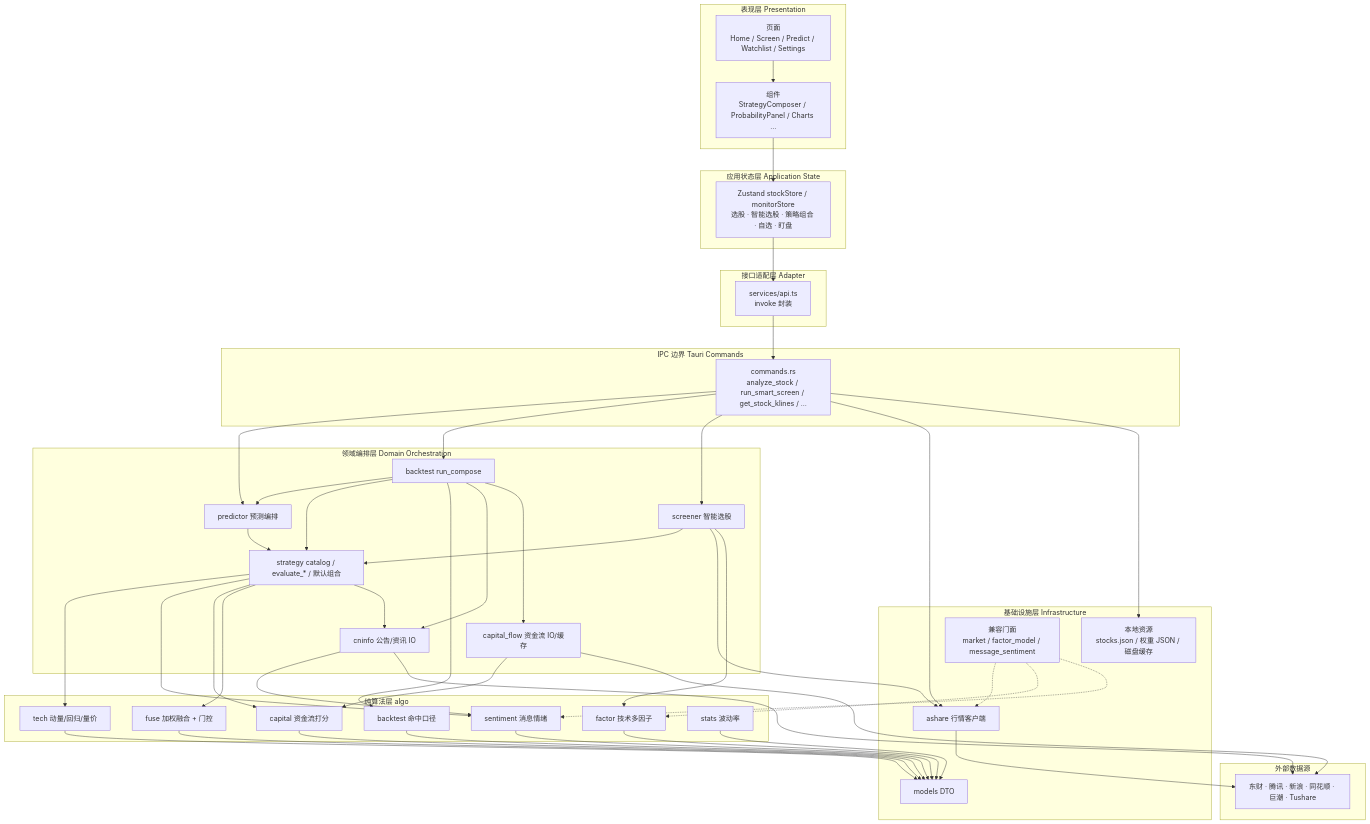
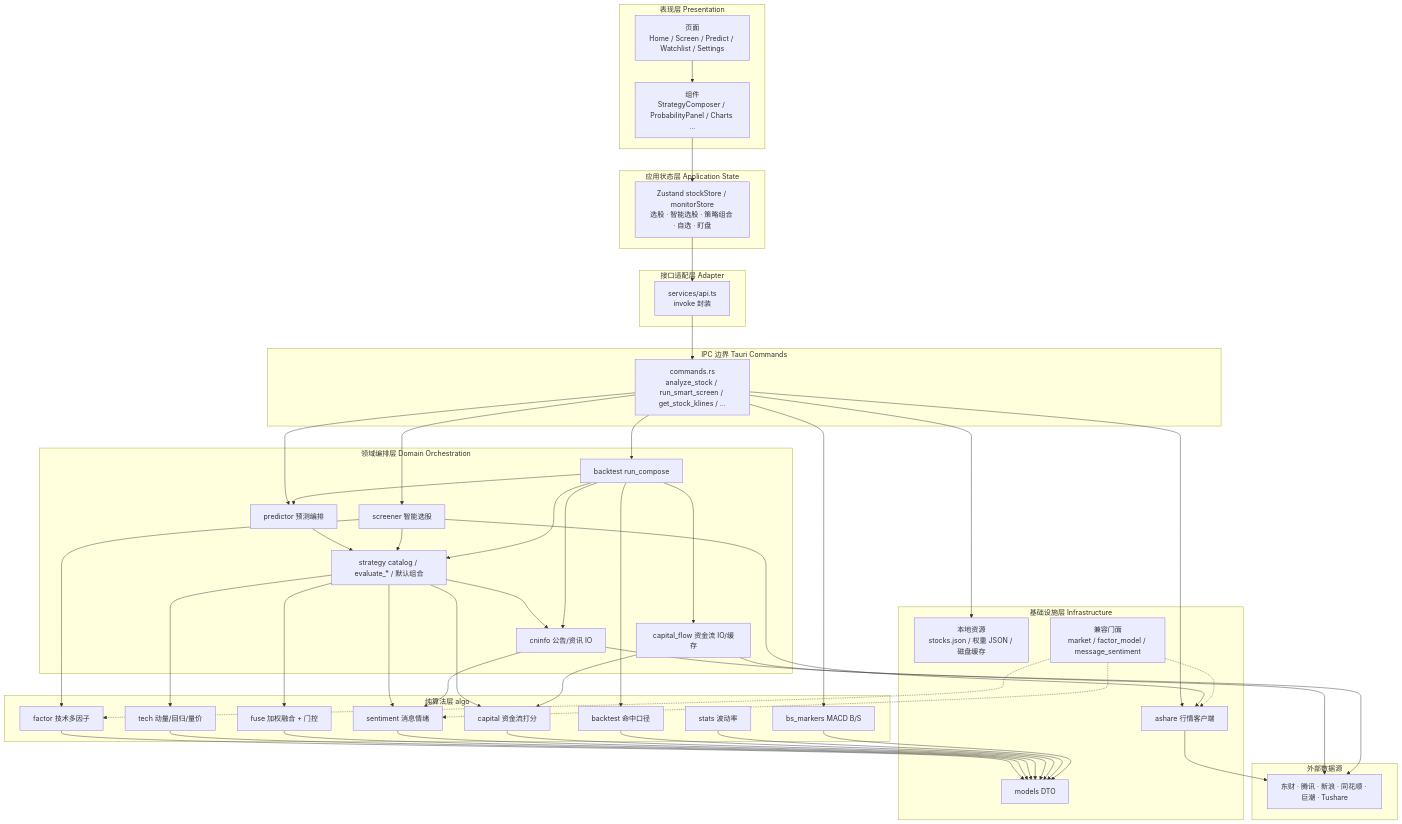
The first of 19 diagrams in docs/软件设计说明.md (wuyanwen1997-wyw/stock-predict), drawn with Mermaid before and after one commit. The commit also changed other lines of this file and 10 other files, not shown here.

````diff
--- a/docs/软件设计说明.md
+++ b/docs/软件设计说明.md
@@ -28,67 +28,69 @@
 ```mermaid
 flowchart TB
     subgraph 表现层["表现层 Presentation"]
         PAGES["页面<br/>Home / Screen / Predict / Watchlist / Settings"]
         COMP["组件<br/>StrategyComposer / ProbabilityPanel / Charts …"]
     end
 
     subgraph 应用状态层["应用状态层 Application State"]
         STORE["Zustand stockStore / monitorStore<br/>选股 · 智能选股 · 策略组合 · 自选 · 盯盘"]
     end
 
     subgraph 接口适配层["接口适配层 Adapter"]
         API["services/api.ts<br/>invoke 封装"]
     end
 
     subgraph IPC边界["IPC 边界 Tauri Commands"]
         CMD["commands.rs<br/>analyze_stock / run_smart_screen / get_stock_klines / …"]
     end
 
     subgraph 领域编排层["领域编排层 Domain Orchestration"]
         PRED["predictor 预测编排"]
         STR["strategy catalog / evaluate_* / 默认组合"]
         BT["backtest run_compose"]
         SCR["screener 智能选股"]
         CNI["cninfo 公告/资讯 IO"]
         CAPIO["capital_flow 资金流 IO/缓存"]
     end
 
     subgraph 纯算法层["纯算法层 algo"]
         FAC["factor 技术多因子"]
         TECH["tech 动量/回归/量价"]
         FUSE["fuse 加权融合 + 门控"]
         SENT["sentiment 消息情绪"]
         CAPA["capital 资金流打分"]
         BTA["backtest 命中口径"]
         STAT["stats 波动率"]
+        BSM["bs_markers MACD B/S"]
     end
 
     subgraph 基础设施层["基础设施层 Infrastructure"]
         ASH["ashare 行情客户端"]
         MOD["models DTO"]
         RES["本地资源<br/>stocks.json / 权重 JSON / 磁盘缓存"]
         FACADES["兼容门面<br/>market / factor_model / message_sentiment"]
     end
 
     subgraph 外部系统["外部数据源"]
         EXT["东财 · 腾讯 · 新浪 · 同花顺 · 巨潮 · Tushare"]
     end
 
     PAGES --> COMP
     COMP --> STORE
     STORE --> API
     API --> CMD
     CMD --> PRED & BT & SCR & ASH
     PRED --> STR
     SCR --> STR & ASH & FAC
     STR --> TECH & SENT & CAPA & FUSE
     STR --> CNI
     BT --> PRED & STR & BTA
     BT --> CNI & CAPIO
     CAPIO --> CAPA
     CNI --> SENT
+    CMD --> BSM
     ASH & CNI & CAPIO --> EXT
     CMD --> RES
     FACADES -.-> ASH & FAC & SENT
-    FAC & TECH & FUSE & SENT & CAPA & BTA & STAT --> MOD
+    FAC & TECH & FUSE & SENT & CAPA & BTA & STAT & BSM --> MOD
 ```
````
